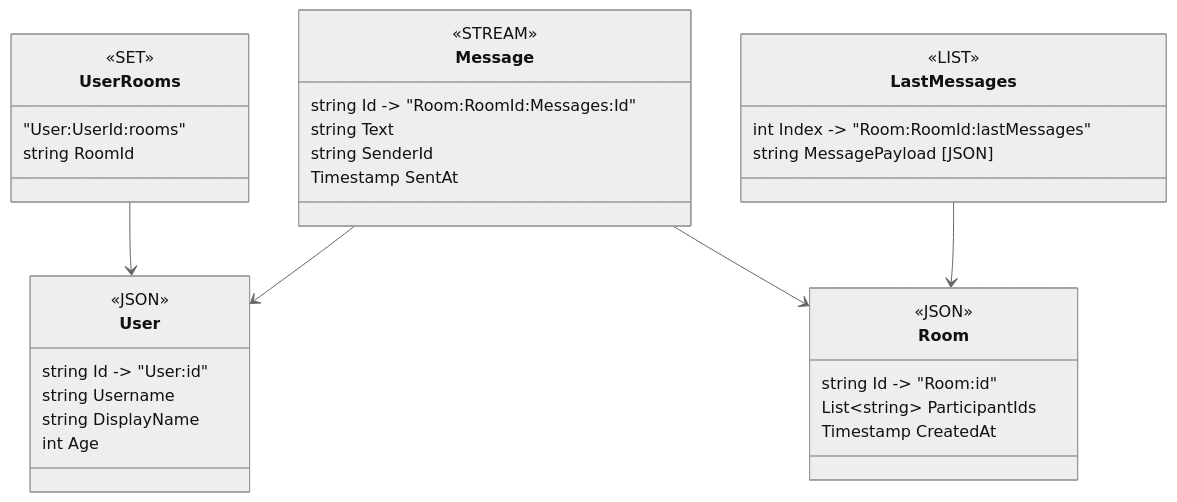
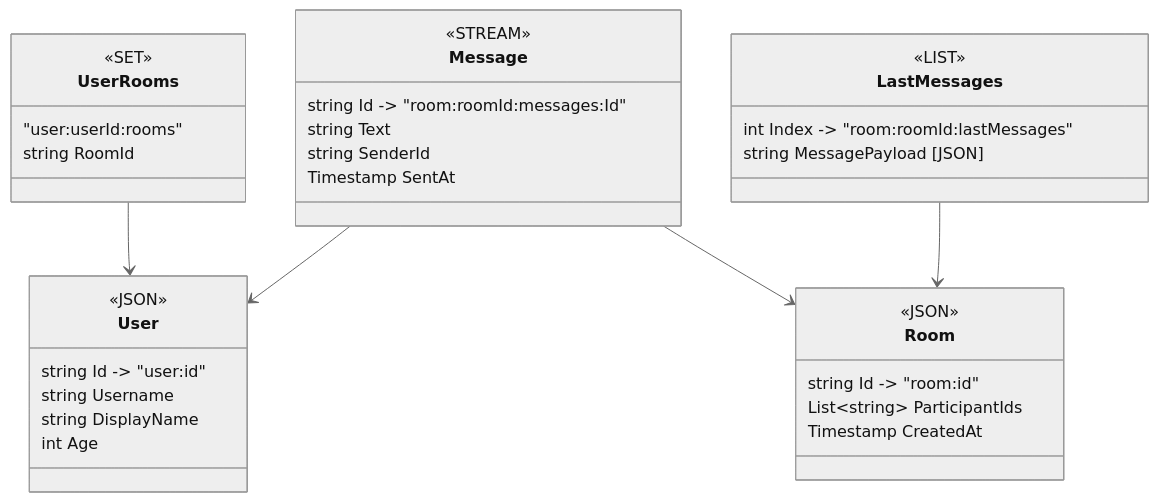
Before and after one commit to CJovan02/chat-app: the diagram in README.md, drawn with Mermaid (neutral theme).

Commit message:
Update class diagram to use lowercase identifiers

````diff
--- a/README.md
+++ b/README.md
@@ -6,42 +6,42 @@
 ```mermaid
 classDiagram
     class User {
         <<JSON>>
-        string Id -> "User:id"
+        string Id -> "user:id"
         string Username
         string DisplayName
         int Age
     }
 
     class UserRooms {
         <<SET>>
-        "User:UserId:rooms"
+        "user:userId:rooms"
         string RoomId
     }
 
     class Room {
         <<JSON>>
-        string Id -> "Room:id"
+        string Id -> "room:id"
         List~string~ ParticipantIds
         Timestamp CreatedAt
     }
 
     class Message {
         <<STREAM>>
-        string Id -> "Room:RoomId:Messages:Id"
+        string Id -> "room:roomId:messages:Id"
         string Text
         string SenderId
         Timestamp SentAt
     }
 
     class LastMessages {
         <<LIST>>
-        int Index -> "Room:RoomId:lastMessages"
+        int Index -> "room:roomId:lastMessages"
         string MessagePayload [JSON]
     }
 
     UserRooms --> User
     Message --> User
     Message --> Room
     LastMessages --> Room
 ```
````
